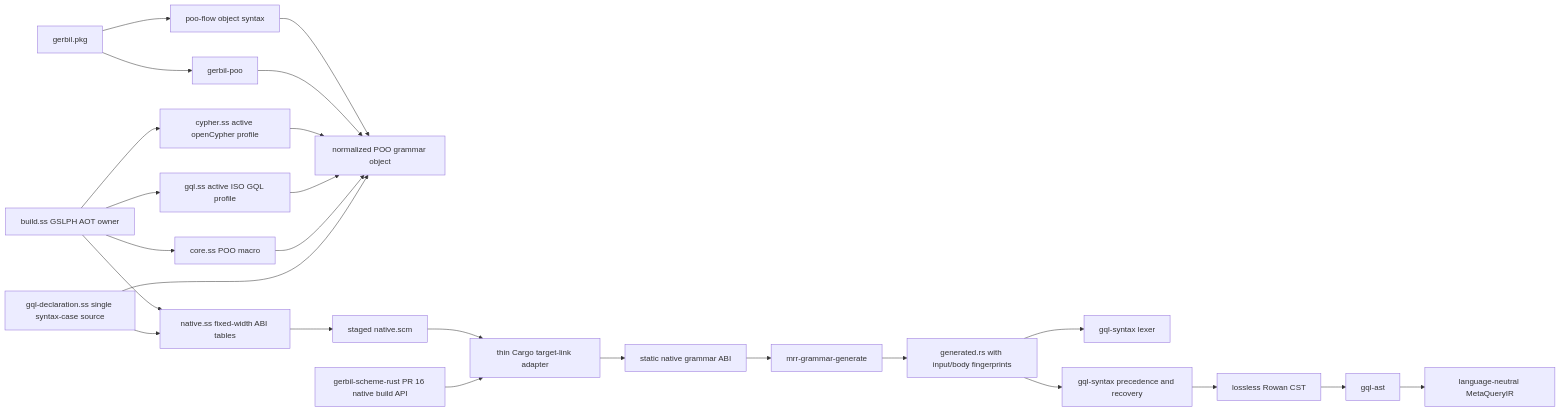
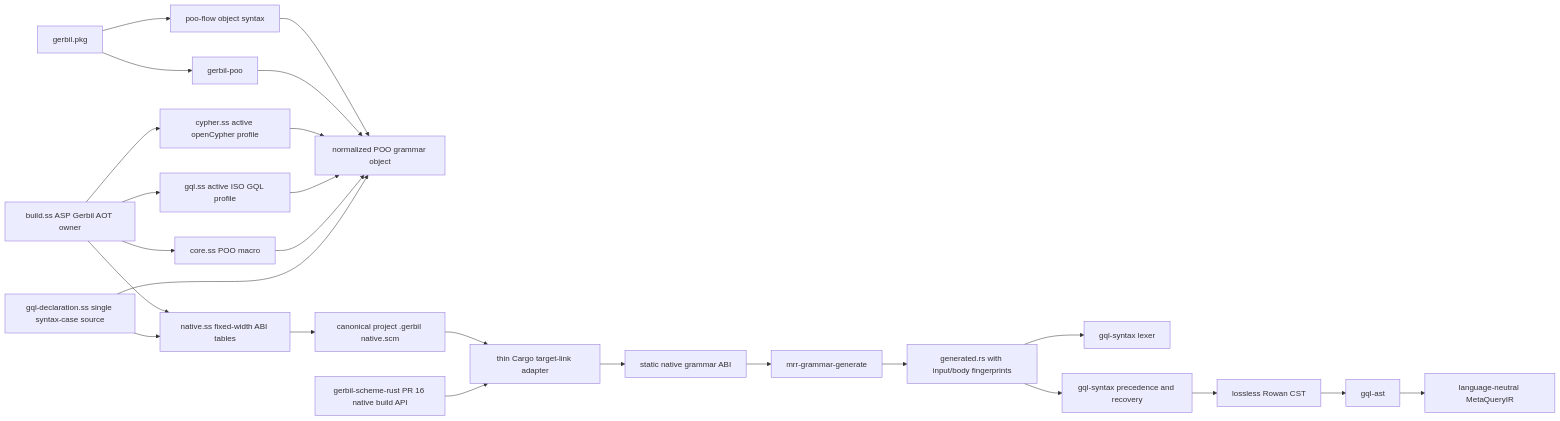
One commit to tao3k/meta-relational-reasoning changed the diagram in docs/architecture/0002-gerbil-grammar-authority.org. Above: the diagram before and after it, drawn with Mermaid. The commit also changed other lines of this file and 138 other files, not shown here.

```diff
--- a/docs/architecture/0002-gerbil-grammar-authority.org
+++ b/docs/architecture/0002-gerbil-grammar-authority.org
@@ -46,27 +46,27 @@
 #+begin_src mermaid
 flowchart LR
     pkg[gerbil.pkg] --> poo[gerbil-poo]
     pkg --> flow[poo-flow object syntax]
     declaration[gql-declaration.ss single syntax-case source] --> object[normalized POO grammar object]
     declaration --> abi[native.ss fixed-width ABI tables]
     core[core.ss POO macro] --> object
     gql[gql.ss active ISO GQL profile] --> object
     cypher[cypher.ss active openCypher profile] --> object
     poo --> object
     flow --> object
-    build[build.ss GSLPH AOT owner] --> core
+    build[build.ss ASP Gerbil AOT owner] --> core
     build --> gql
     build --> cypher
     build --> abi
-    abi --> staged[staged native.scm]
+    abi --> staged[canonical project .gerbil native.scm]
     pr16[gerbil-scheme-rust PR 16 native build API] --> adapter[thin Cargo target-link adapter]
     staged --> adapter
     adapter --> native[static native grammar ABI]
     native --> generator[mrr-grammar-generate]
     generator --> projection[generated.rs with input/body fingerprints]
     projection --> lexer[gql-syntax lexer]
     projection --> parser[gql-syntax precedence and recovery]
     parser --> cst[lossless Rowan CST]
     cst --> ast[gql-ast]
     ast --> ir[language-neutral MetaQueryIR]
 #+end_src
```
